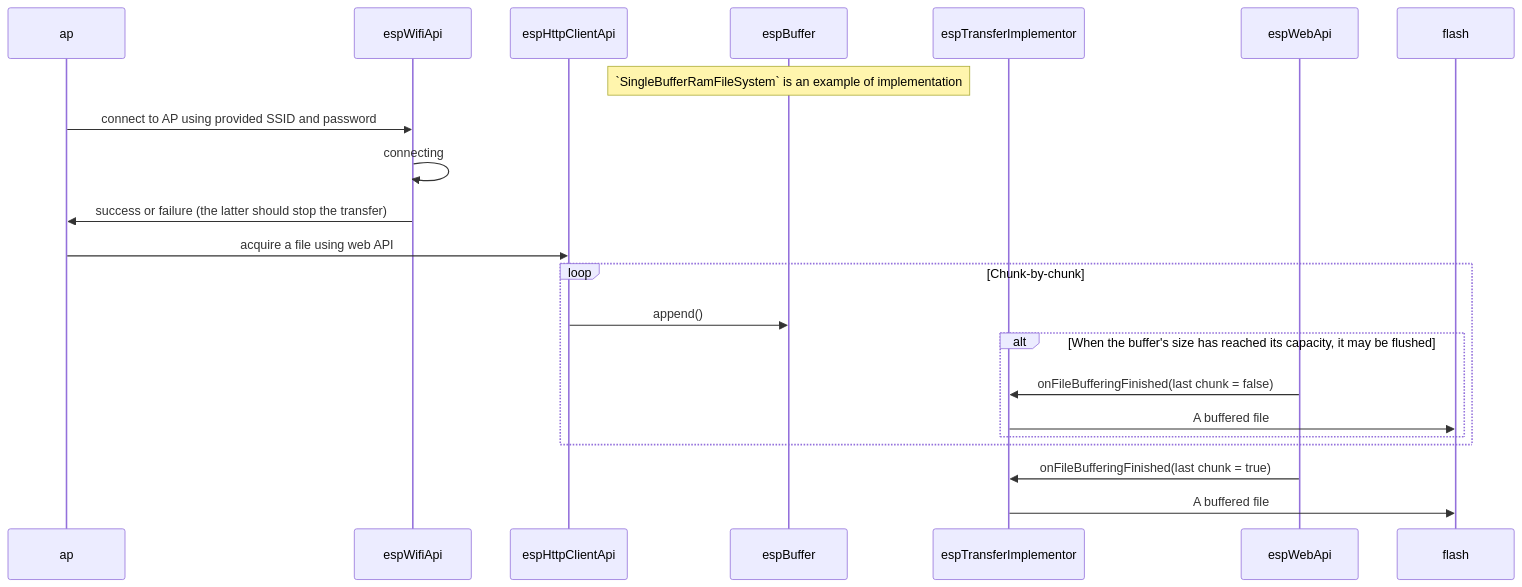
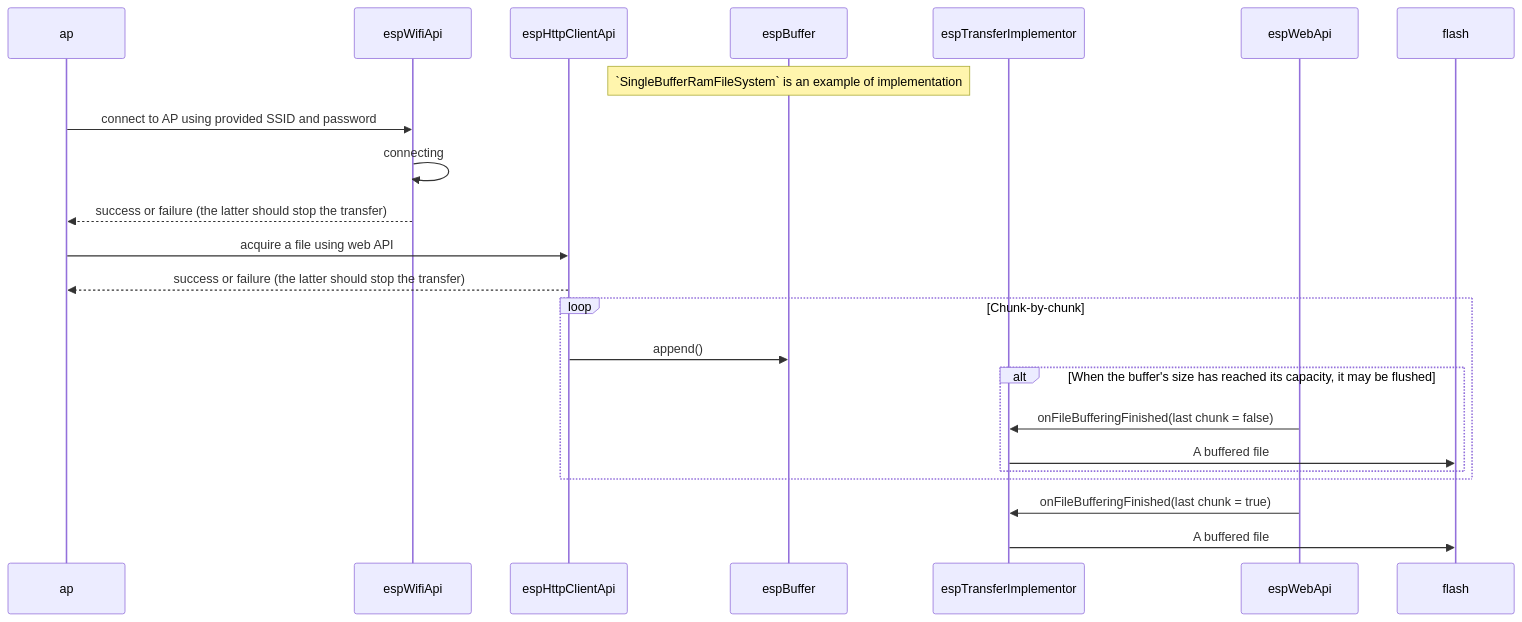
One commit to geoscan/Esp32Cam changed the third of 3 diagrams in components/buffered_file_transfer/README.md. Above: the diagram before and after it, drawn with Mermaid.

Commit message:
[buffered_file_transfer:README] Ref | Missing chunk in the communication scheme

````diff
--- a/components/buffered_file_transfer/README.md
+++ b/components/buffered_file_transfer/README.md
@@ -92,28 +92,29 @@
 ```mermaid
 sequenceDiagram
     participant ap
     participant espWifiApi
     participant espHttpClientApi
     participant espBuffer
     participant espTransferImplementor
 
     note over espBuffer: `SingleBufferRamFileSystem` is an example of implementation
 
     ap->>espWifiApi: connect to AP using provided SSID and password
     espWifiApi->>espWifiApi: connecting
-    espWifiApi->>ap: success or failure (the latter should stop the transfer)
+    espWifiApi-->>ap: success or failure (the latter should stop the transfer)
     ap->>espHttpClientApi: acquire a file using web API
+    espHttpClientApi-->>ap: success or failure (the latter should stop the transfer)
 
     loop Chunk-by-chunk
         espHttpClientApi->>espBuffer: append()
 
         alt When the buffer's size has reached its capacity, it may be flushed
                 espWebApi->>espTransferImplementor: onFileBufferingFinished(last chunk = false)
                 espTransferImplementor->>flash: A buffered file
         end
 
     end
 
     espWebApi->>espTransferImplementor: onFileBufferingFinished(last chunk = true)
     espTransferImplementor->>flash: A buffered file
 ```
````
